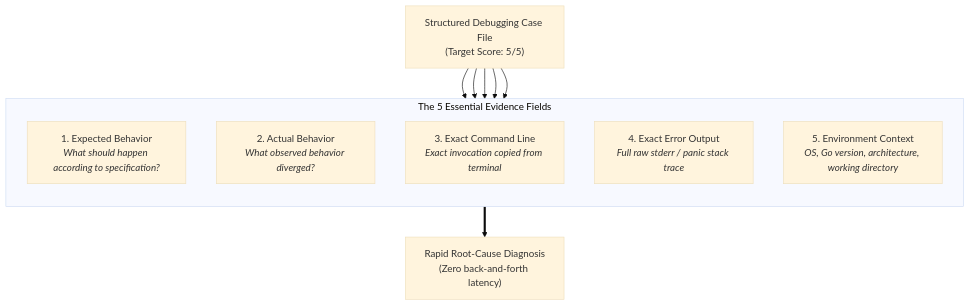
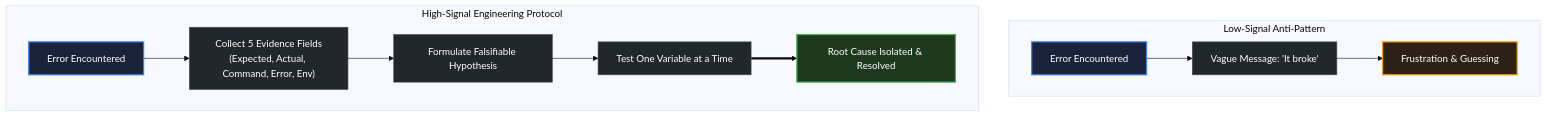
The diagram in curriculum/modules/00-orientation/lessons/07-how-to-ask-good-debugging-questions/README.md (swe-labs/the-go-engineer), drawn with Mermaid (base theme) before and after one commit. The commit also changed other lines of this file and 42 other files, not shown here.

````diff
--- a/curriculum/modules/00-orientation/lessons/07-how-to-ask-good-debugging-questions/README.md
+++ b/curriculum/modules/00-orientation/lessons/07-how-to-ask-good-debugging-questions/README.md
@@ -25,25 +30,19 @@
 ```mermaid
 flowchart TD
     classDef frontDoor fill:#1a233a,stroke:#3b82f6,stroke-width:2px,color:#ffffff;
     classDef exitGate fill:#1e3a1e,stroke:#4caf50,stroke-width:2px,color:#ffffff;
     classDef standardNode fill:#22272e,stroke:#444c56,stroke-width:1px,color:#ffffff;
     classDef capstoneNode fill:#2d2215,stroke:#f59e0b,stroke-width:2px,color:#ffffff;
-    Q["Structured Debugging Case File<br/>(Target Score: 5/5)"]
 
-    subgraph Pillars ["The 5 Essential Evidence Fields"]
-        direction TB
-        F1["1. Expected Behavior<br/><i>What should happen according to specification?</i>"]
-        F2["2. Actual Behavior<br/><i>What observed behavior diverged?</i>"]
-        F3["3. Exact Command Line<br/><i>Exact invocation copied from terminal</i>"]
-        F4["4. Exact Error Output<br/><i>Full raw stderr / panic stack trace</i>"]
-        F5["5. Environment Context<br/><i>OS, Go version, architecture, working directory</i>"]
+    subgraph LowSignal ["Low-Signal Anti-Pattern"]
+        L1["Error Encountered"]:::frontDoor --> L2["Vague Message: 'It broke'"]:::standardNode
+        L2 --> L3["Frustration & Guessing"]:::capstoneNode
     end
 
-    Q --> F1
-    Q --> F2
-    Q --> F3
-    Q --> F4
-    Q --> F5
-
-    Pillars ==> RES["Rapid Root-Cause Diagnosis<br/>(Zero back-and-forth latency)"]
+    subgraph HighSignal ["High-Signal Engineering Protocol"]
+        H1["Error Encountered"]:::frontDoor --> H2["Collect 5 Evidence Fields<br/>(Expected, Actual, Command, Error, Env)"]:::standardNode
+        H2 --> H3["Formulate Falsifiable Hypothesis"]:::standardNode
+        H3 --> H4["Test One Variable at a Time"]:::standardNode
+        H4 ==> H5["Root Cause Isolated & Resolved"]:::exitGate
+    end
 ```
````
